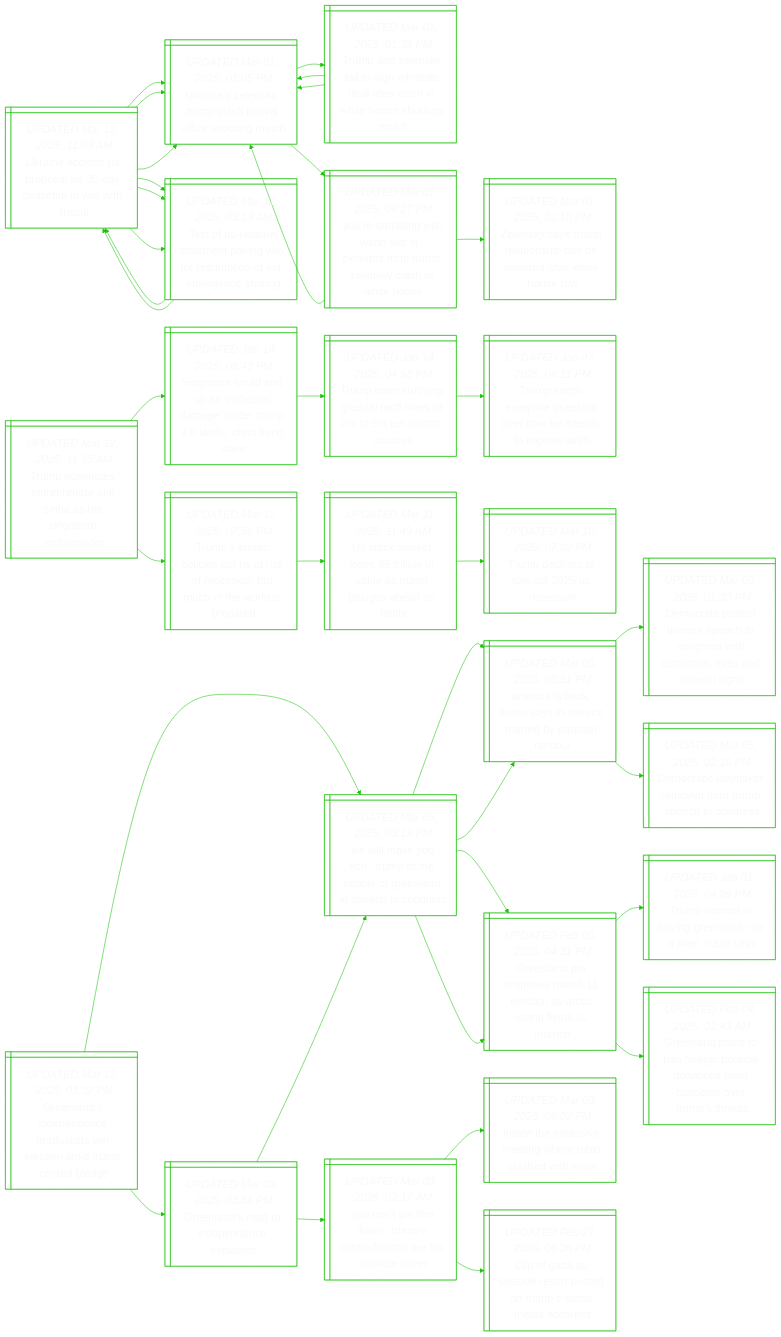
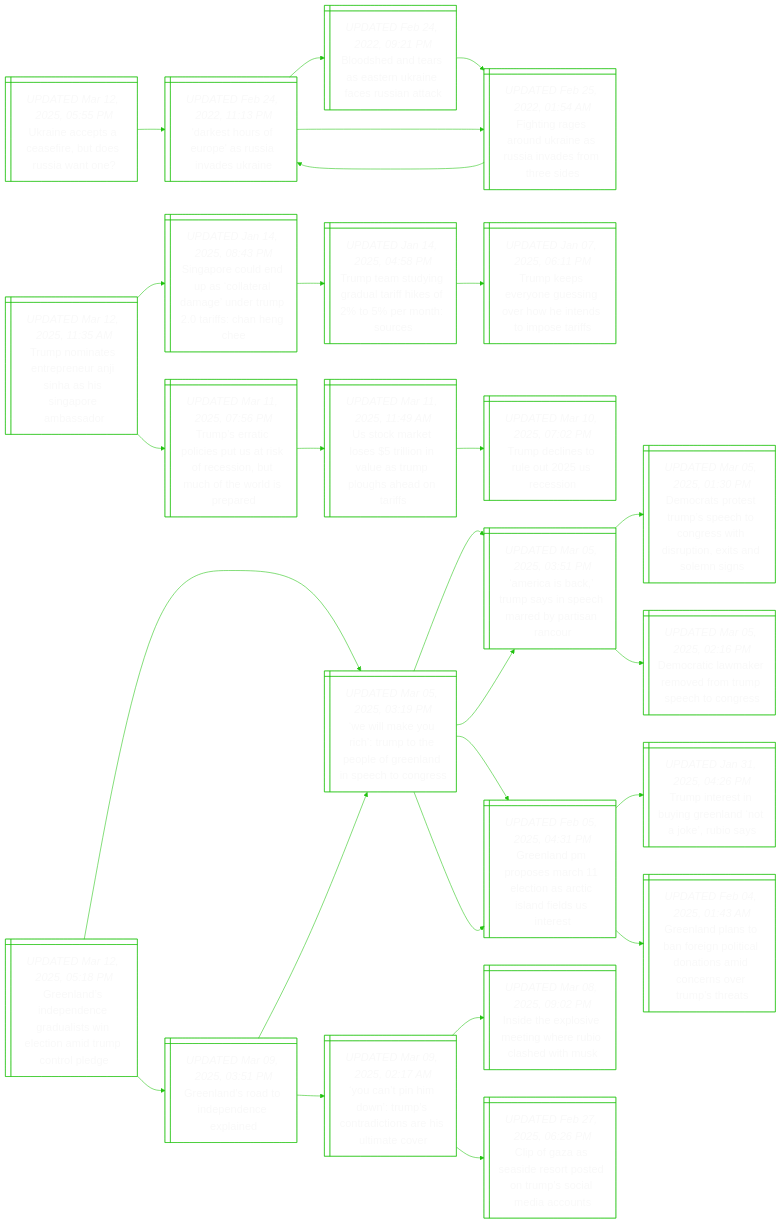
One commit to notJmes/notJmes changed the diagram in README.md. Above: the diagram before and after it, drawn with Mermaid. The commit also changed other lines of this file, not shown here.

```diff
--- a/README.md
+++ b/README.md
@@ -16,51 +16,24 @@
 flowchart LR
 classDef txtsize font-size:20px;
 
-UneSoocfnis@{ shape: win-pane, label: "_UPDATED Mar 12, 2025, 11:03 AM_
-Ukraine accepts us proposal for 30-day ceasefire in war with russia" }
-Unlyphaiogh@{ shape: win-pane, label: "_UPDATED Mar 01, 2025, 01:05 PM_
-Ukraine’s zelensky, trump clash in oval office shouting match" }
-TalytnretaWHsit@{ shape: win-pane, label: "_UPDATED Mar 01, 2025, 01:39 PM_
-Trump and zelensky fail to sign minerals deal after clash in white house shouting match" }
-Unlyphaiogh@{ shape: win-pane, label: "_UPDATED Mar 01, 2025, 01:05 PM_
-Ukraine’s zelensky, trump clash in oval office shouting match" }
-Unlyphaiogh@{ shape: win-pane, label: "_UPDATED Mar 01, 2025, 01:05 PM_
-Ukraine’s zelensky, trump clash in oval office shouting match" }
-YgitlIcsTZsaWH@{ shape: win-pane, label: "_UPDATED Mar 01, 2025, 06:27 PM_
-‘you’re gambling with world war iii’: excerpts from trump-zelensky clash at white house" }
-Unlyphaiogh@{ shape: win-pane, label: "_UPDATED Mar 01, 2025, 01:05 PM_
-Ukraine’s zelensky, trump clash in oval office shouting match" }
-Zsymasaeeets@{ shape: win-pane, label: "_UPDATED Mar 01, 2025, 01:10 PM_
-Zelensky says trump relationship can be repaired after white house row" }
-Tfrsmawrmndlna@{ shape: win-pane, label: "_UPDATED Mar 12, 2025, 03:13 AM_
-Text of us-ukraine statement paving way for resumption of aid, intelligence sharing" }
-UneSoocfnis@{ shape: win-pane, label: "_UPDATED Mar 12, 2025, 11:03 AM_
-Ukraine accepts us proposal for 30-day ceasefire in war with russia" }
-Unlyphaiogh@{ shape: win-pane, label: "_UPDATED Mar 01, 2025, 01:05 PM_
-Ukraine’s zelensky, trump clash in oval office shouting match" }
-Tfrsmawrmndlna@{ shape: win-pane, label: "_UPDATED Mar 12, 2025, 03:13 AM_
-Text of us-ukraine statement paving way for resumption of aid, intelligence sharing" }
-UneSoocfnis@{ shape: win-pane, label: "_UPDATED Mar 12, 2025, 11:03 AM_
-Ukraine accepts us proposal for 30-day ceasefire in war with russia" }
-Unlyphaiogh@{ shape: win-pane, label: "_UPDATED Mar 01, 2025, 01:05 PM_
-Ukraine’s zelensky, trump clash in oval office shouting match" }
-Tfrsmawrmndlna@{ shape: win-pane, label: "_UPDATED Mar 12, 2025, 03:13 AM_
-Text of us-ukraine statement paving way for resumption of aid, intelligence sharing" }
+Unecfusit@{ shape: win-pane, label: "_UPDATED Mar 12, 2025, 05:55 PM_
+Ukraine accepts a ceasefire, but does russia want one?" }
+DsruasvUn@{ shape: win-pane, label: "_UPDATED Feb 24, 2022, 11:13 PM_
+'darkest hours of europe' as russia invades ukraine" }
+Bsnranicsak@{ shape: win-pane, label: "_UPDATED Feb 24, 2022, 09:21 PM_
+Bloodshed and tears as eastern ukraine faces russian attack" }
+Figokesnsts@{ shape: win-pane, label: "_UPDATED Feb 25, 2022, 01:54 AM_
+Fighting rages around ukraine as russia invades from three sides" }
+Figokesnsts@{ shape: win-pane, label: "_UPDATED Feb 25, 2022, 01:54 AM_
+Fighting rages around ukraine as russia invades from three sides" }
+DsruasvUn@{ shape: win-pane, label: "_UPDATED Feb 24, 2022, 11:13 PM_
+'darkest hours of europe' as russia invades ukraine" }
 
-UneSoocfnis:::txtsize --> Unlyphaiogh:::txtsize
-Unlyphaiogh:::txtsize --> TalytnretaWHsit:::txtsize
-TalytnretaWHsit:::txtsize --> Unlyphaiogh:::txtsize
-TalytnretaWHsit:::txtsize --> Unlyphaiogh:::txtsize
-Unlyphaiogh:::txtsize --> YgitlIcsTZsaWH:::txtsize
-YgitlIcsTZsaWH:::txtsize --> Unlyphaiogh:::txtsize
-YgitlIcsTZsaWH:::txtsize --> Zsymasaeeets:::txtsize
-UneSoocfnis:::txtsize --> Tfrsmawrmndlna:::txtsize
-Tfrsmawrmndlna:::txtsize --> UneSoocfnis:::txtsize
-UneSoocfnis:::txtsize --> Unlyphaiogh:::txtsize
-UneSoocfnis:::txtsize --> Tfrsmawrmndlna:::txtsize
-Tfrsmawrmndlna:::txtsize --> UneSoocfnis:::txtsize
-UneSoocfnis:::txtsize --> Unlyphaiogh:::txtsize
-UneSoocfnis:::txtsize --> Tfrsmawrmndlna:::txtsize
+Unecfusit:::txtsize --> DsruasvUn:::txtsize
+DsruasvUn:::txtsize --> Bsnranicsak:::txtsize
+Bsnranicsak:::txtsize --> Figokesnsts:::txtsize
+DsruasvUn:::txtsize --> Figokesnsts:::txtsize
+Figokesnsts:::txtsize --> DsruasvUn:::txtsize
 
 TnanrrSaSpma@{ shape: win-pane, label: "_UPDATED Mar 12, 2025, 11:35 AM_
 Trump nominates entrepreneur anji sinha as his singapore ambassador" }
@@ -84,7 +57,7 @@
 TstlsSseitowip:::txtsize --> UcksinlTphaas:::txtsize
 UcksinlTphaas:::txtsize --> Tdnruei:::txtsize
 
-Gliecdsntmunpe@{ shape: win-pane, label: "_UPDATED Mar 12, 2025, 03:32 PM_
+Gliecdsntmunpe@{ shape: win-pane, label: "_UPDATED Mar 12, 2025, 05:18 PM_
 Greenland’s independence gradualists win election amid trump control pledge" }
 WlycmhpGlncos@{ shape: win-pane, label: "_UPDATED Mar 05, 2025, 03:19 PM_
 ‘we will make you rich’: trump to the people of greenland in speech to congress" }
```
